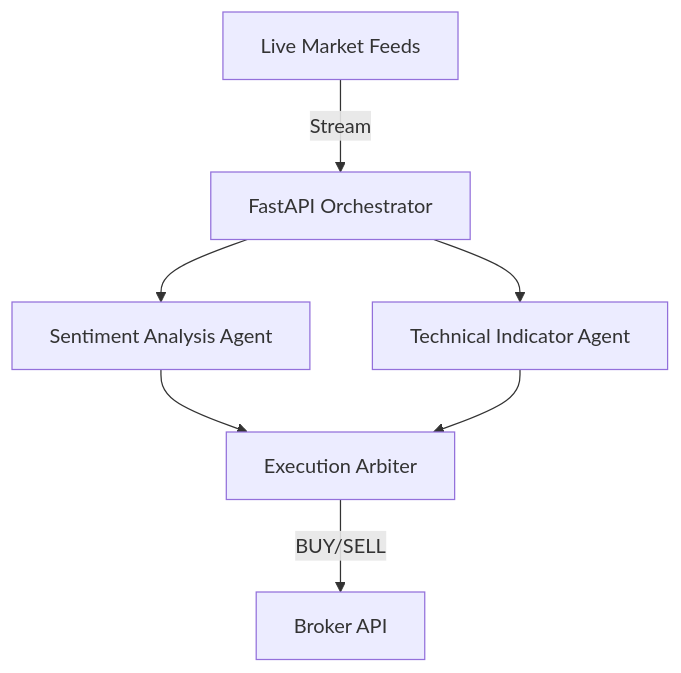
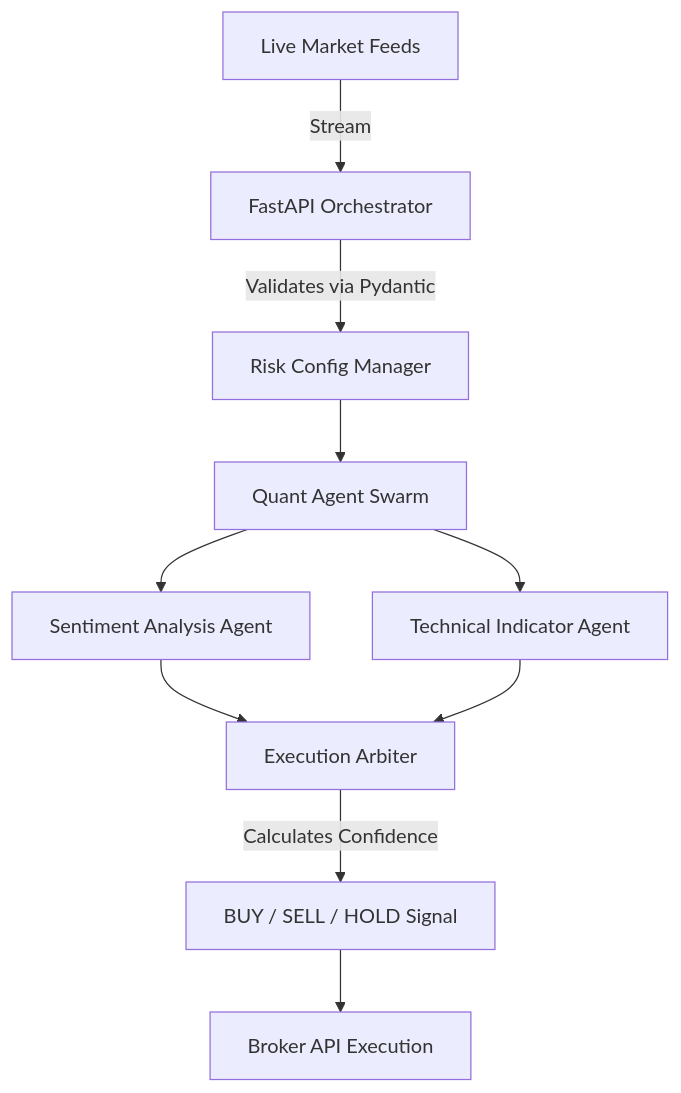
One commit to lakshanmuruganandam/ai-wall-street changed the diagram in README.md. Above: the diagram before and after it, drawn with Mermaid. The commit also changed other lines of this file, not shown here.

Commit message:
docs: implement masterclass README with advanced architecture specs

````diff
--- a/README.md
+++ b/README.md
@@ -24,9 +26,12 @@
 ```mermaid
 graph TD;
     MarketData[Live Market Feeds] -->|Stream| API[FastAPI Orchestrator]
-    API --> SentimentAgent[Sentiment Analysis Agent]
-    API --> TechAgent[Technical Indicator Agent]
+    API -->|Validates via Pydantic| Config[Risk Config Manager]
+    Config --> Swarm[Quant Agent Swarm]
+    Swarm --> SentimentAgent[Sentiment Analysis Agent]
+    Swarm --> TechAgent[Technical Indicator Agent]
     SentimentAgent --> Arbiter[Execution Arbiter]
     TechAgent --> Arbiter
-    Arbiter -->|BUY/SELL| Exchange[Broker API]
+    Arbiter -->|Calculates Confidence| Output[BUY / SELL / HOLD Signal]
+    Output --> Exchange[Broker API Execution]
 ```
````
